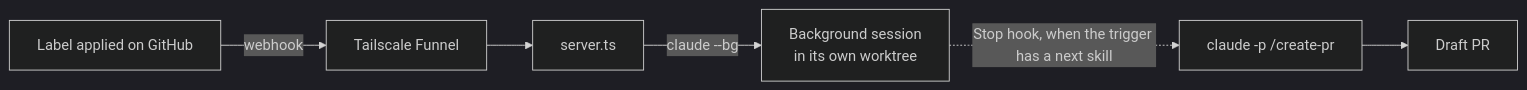
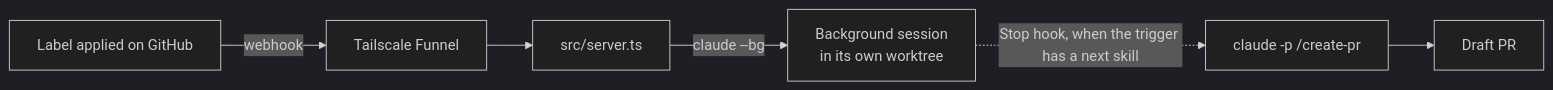
The diagram in README.md (jd-solanki/ai), drawn with Mermaid (dark theme) before and after one commit. The commit also changed other lines of this file and 11 other files, not shown here.

First line of the commit message:
refactor: split the server into webhook and session modules (#3)

````diff
--- a/README.md
+++ b/README.md
@@ -5,6 +5,6 @@
 ```mermaid
 flowchart LR
-  L["Label applied on GitHub"] -->|webhook| F["Tailscale Funnel"] --> S["server.ts"]
+  L["Label applied on GitHub"] -->|webhook| F["Tailscale Funnel"] --> S["src/server.ts"]
   S -->|"claude --bg"| B["Background session<br/>in its own worktree"]
   B -.->|"Stop hook, when the trigger has a next skill"| P["claude -p /create-pr"] --> PR["Draft PR"]
 ```
````
